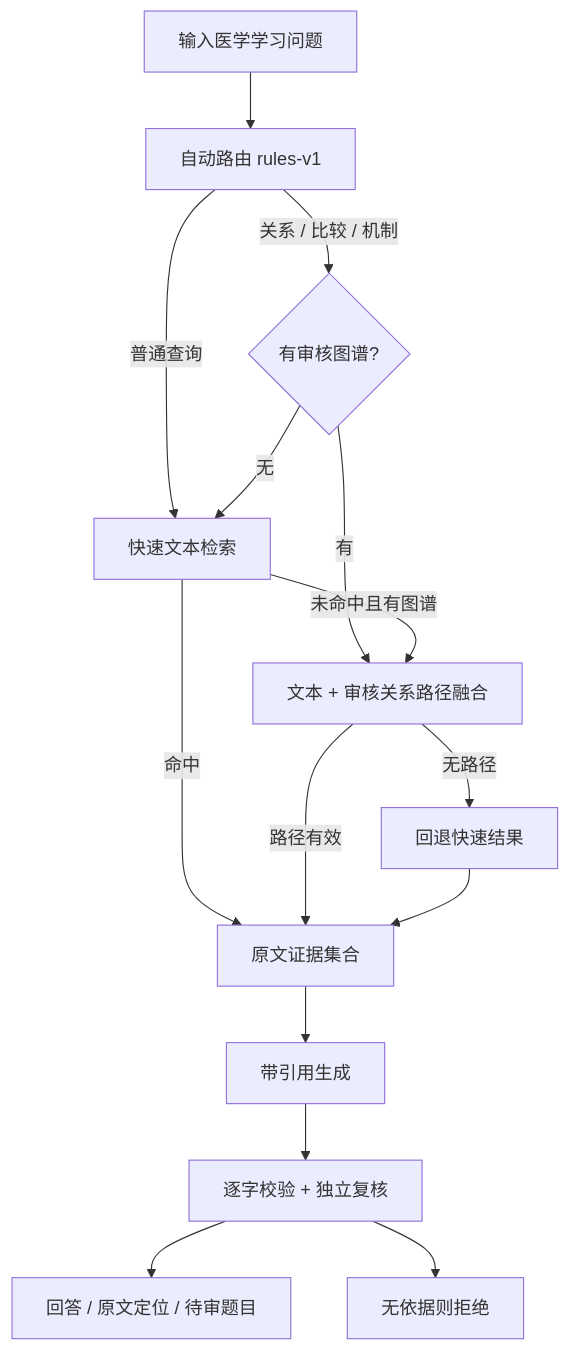
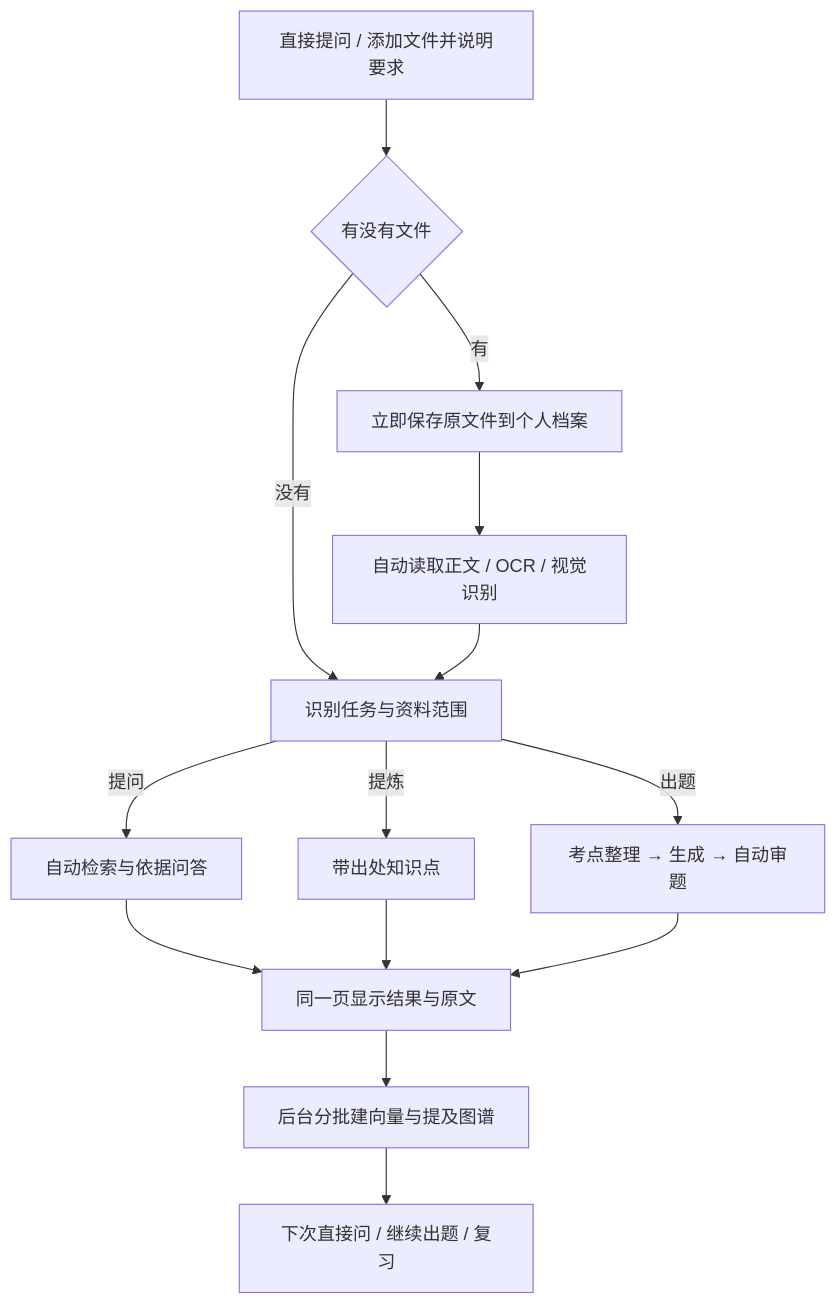
Before and after one commit to hvqo/MediGraphRAG: the first of 2 diagrams in README.md, drawn with Mermaid. The commit also changed other lines of this file and 60 other files, not shown here.

````diff
--- a/README.md
+++ b/README.md
@@ -51,17 +35,16 @@
 ```mermaid
 flowchart TD
-  Q[输入医学学习问题] --> R[自动路由 rules-v1]
-  R -->|普通查询| F[快速文本检索]
-  R -->|关系 / 比较 / 机制| C{有审核图谱?}
-  C -->|有| D[文本 + 审核关系路径融合]
-  C -->|无| F
-  F -->|未命中且有图谱| D
-  F -->|命中| E[原文证据集合]
-  D -->|路径有效| E
-  D -->|无路径| B[回退快速结果]
-  B --> E
-  E --> G[带引用生成]
-  G --> V[逐字校验 + 独立复核]
-  V --> A[回答 / 原文定位 / 待审题目]
-  V --> X[无依据则拒绝]
+  U[直接提问 / 添加文件并说明要求] --> I{有没有文件}
+  I -->|有| S[立即保存原文件到个人档案]
+  S --> P[自动读取正文 / OCR / 视觉识别]
+  I -->|没有| T[识别任务与资料范围]
+  P --> T
+  T -->|提问| A[自动检索与依据问答]
+  T -->|提炼| K[带出处知识点]
+  T -->|出题| G[考点整理 → 生成 → 自动审题]
+  A --> R[同一页显示结果与原文]
+  K --> R
+  G --> R
+  R --> B[后台分批建向量与提及图谱]
+  B --> N[下次直接问 / 继续出题 / 复习]
 ```
````
